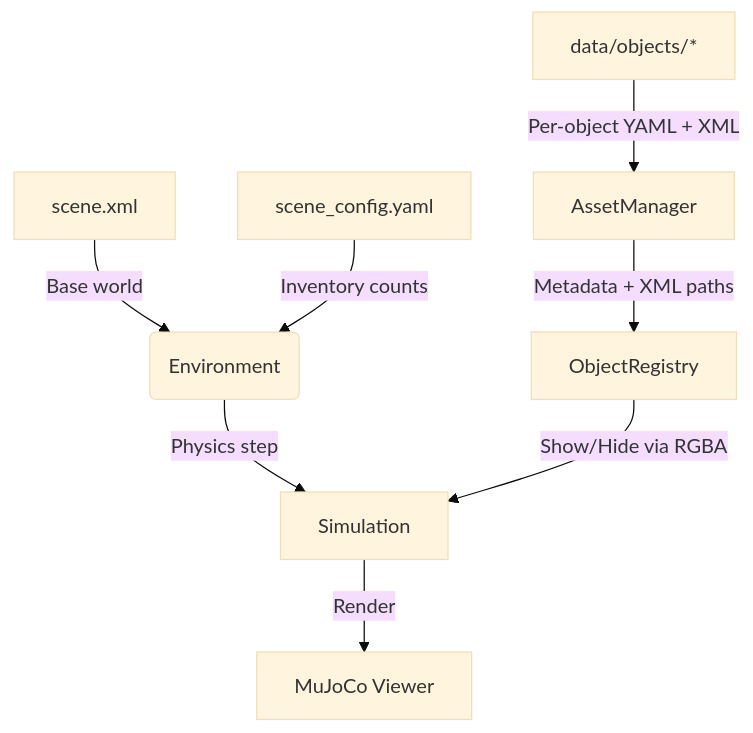
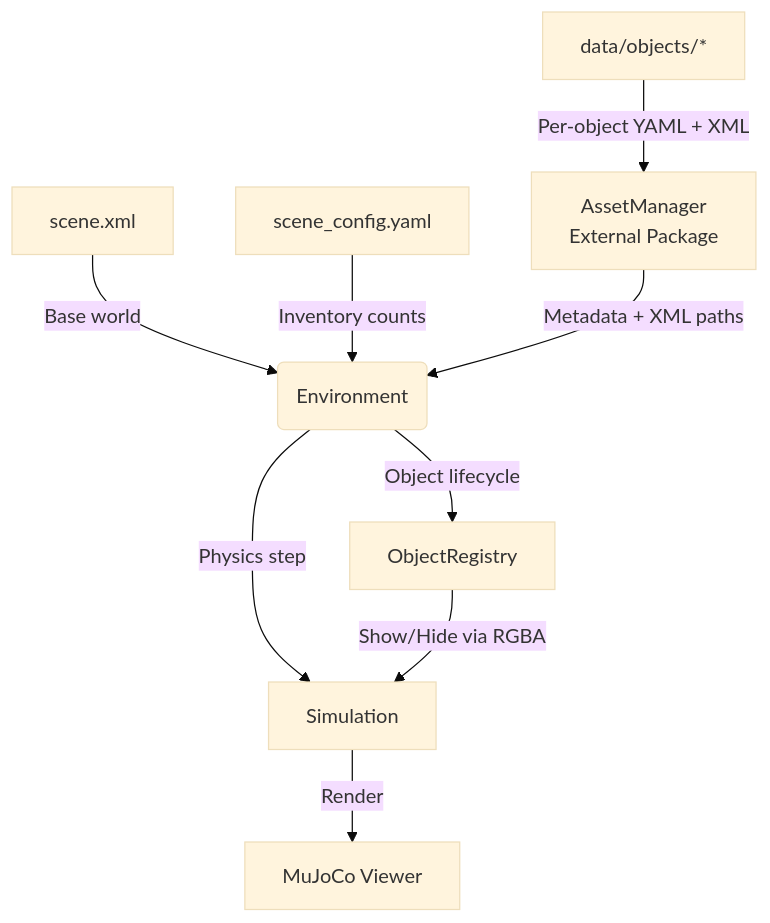
Before and after one commit to personalrobotics/mj_environment: the diagram in README.md, drawn with Mermaid (base theme). The commit also changed other lines of this file and 17 other files, not shown here.

````diff
--- a/README.md
+++ b/README.md
@@ -20,10 +20,11 @@
 ```mermaid
 graph TD
     A[scene.xml] -->|Base world| E(Environment)
     B[scene_config.yaml] -->|Inventory counts| E
-    C[data/objects/*] -->|Per-object YAML + XML| D[AssetManager]
-    D -->|Metadata + XML paths| F[ObjectRegistry]
+    C[data/objects/*] -->|Per-object YAML + XML| D[AssetManager<br/>External Package]
+    D -->|Metadata + XML paths| E
+    E -->|Object lifecycle| F[ObjectRegistry]
     E -->|Physics step| G[Simulation]
     F -->|Show/Hide via RGBA| G
     G -->|Render| H[MuJoCo Viewer]
 ```
````
